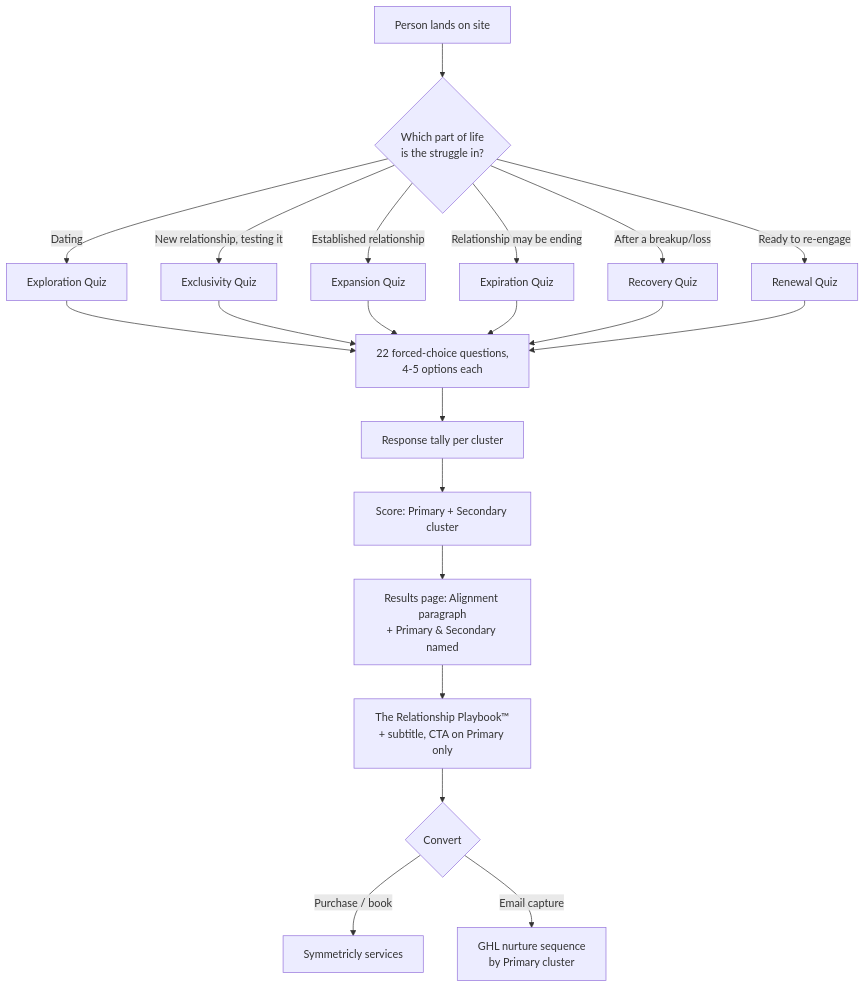
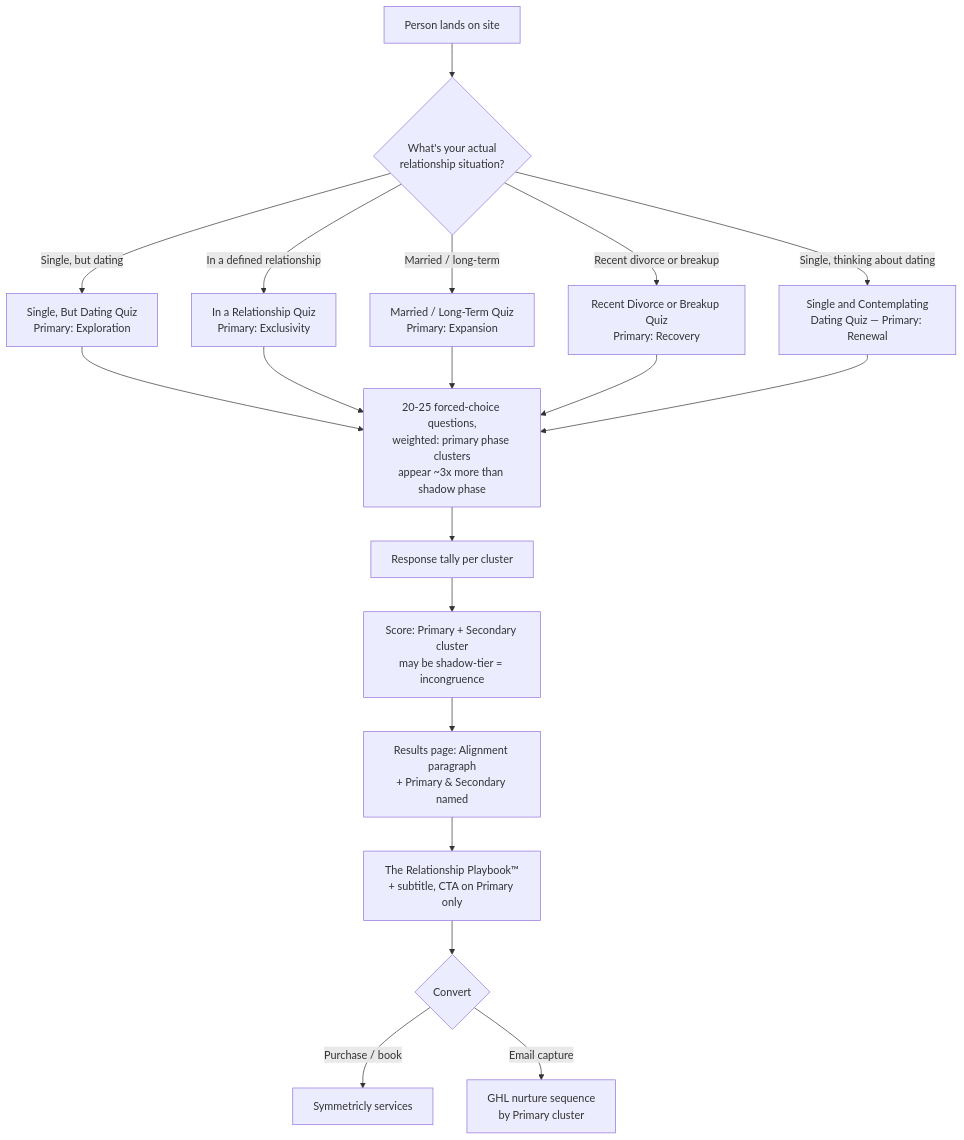
Before and after one commit to jdawsey24/relationshipacademy: the diagram in docs/rlc-operating-system-architecture.md, drawn with Mermaid. The commit also changed other lines of this file and 6 other files, not shown here.

````diff
--- a/docs/rlc-operating-system-architecture.md
+++ b/docs/rlc-operating-system-architecture.md
@@ -9,19 +9,18 @@
 ```mermaid
 flowchart TD
-    A[Person lands on site] --> B{Which part of life<br/>is the struggle in?}
-    B -->|Dating| C1[Exploration Quiz]
-    B -->|New relationship, testing it| C2[Exclusivity Quiz]
-    B -->|Established relationship| C3[Expansion Quiz]
-    B -->|Relationship may be ending| C4[Expiration Quiz]
-    B -->|After a breakup/loss| C5[Recovery Quiz]
-    B -->|Ready to re-engage| C6[Renewal Quiz]
+    A[Person lands on site] --> B{What's your actual<br/>relationship situation?}
+    B -->|Single, but dating| C1[Single, But Dating Quiz<br/>Primary: Exploration]
+    B -->|In a defined relationship| C2[In a Relationship Quiz<br/>Primary: Exclusivity]
+    B -->|Married / long-term| C3[Married / Long-Term Quiz<br/>Primary: Expansion]
+    B -->|Recent divorce or breakup| C4[Recent Divorce or Breakup Quiz<br/>Primary: Recovery]
+    B -->|Single, thinking about dating| C5[Single and Contemplating<br/>Dating Quiz — Primary: Renewal]
 
-    C1 & C2 & C3 & C4 & C5 & C6 --> D[22 forced-choice questions,<br/>4-5 options each]
+    C1 & C2 & C3 & C4 & C5 --> D[20-25 forced-choice questions,<br/>weighted: primary phase clusters<br/>appear ~3x more than shadow phase]
     D --> E[Response tally per cluster]
-    E --> F[Score: Primary + Secondary cluster]
+    E --> F[Score: Primary + Secondary cluster<br/>may be shadow-tier = incongruence]
     F --> G[Results page: Alignment paragraph<br/>+ Primary & Secondary named]
     G --> H[The Relationship Playbook™<br/>+ subtitle, CTA on Primary only]
     H --> I{Convert}
     I -->|Purchase / book| J[Symmetricly services]
     I -->|Email capture| K[GHL nurture sequence<br/>by Primary cluster]
 ```
````
